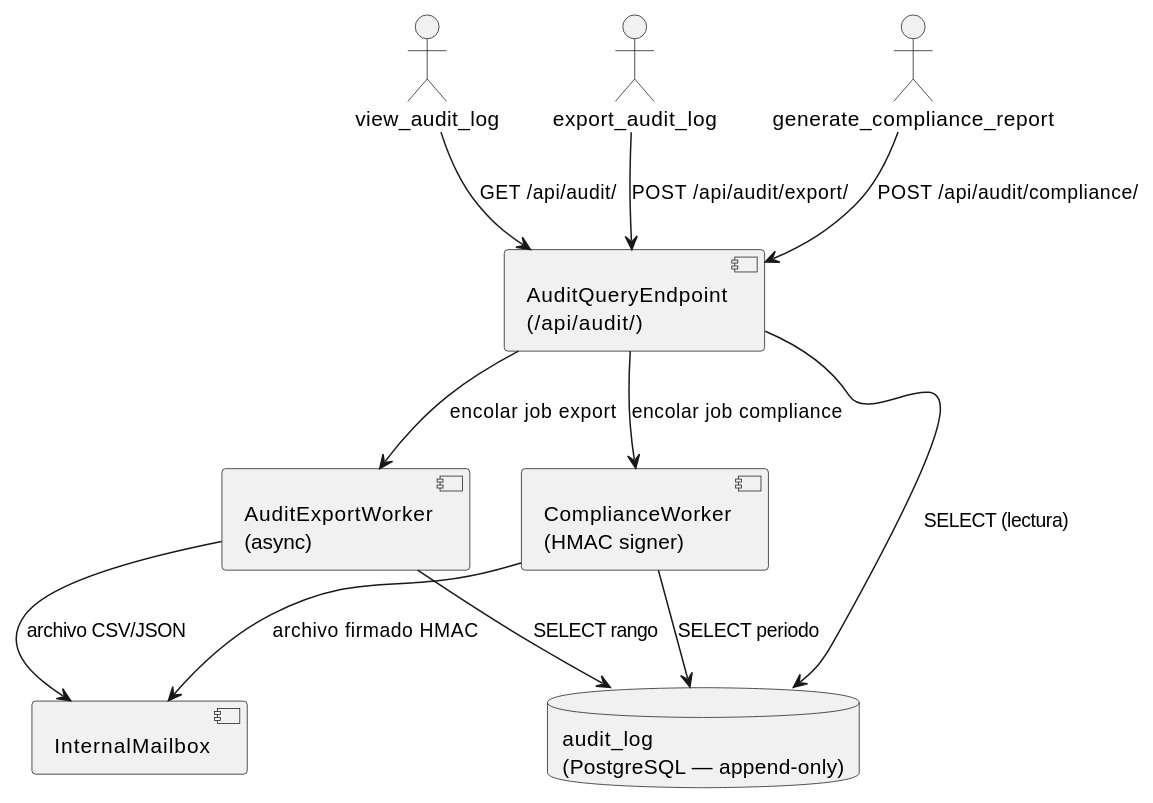
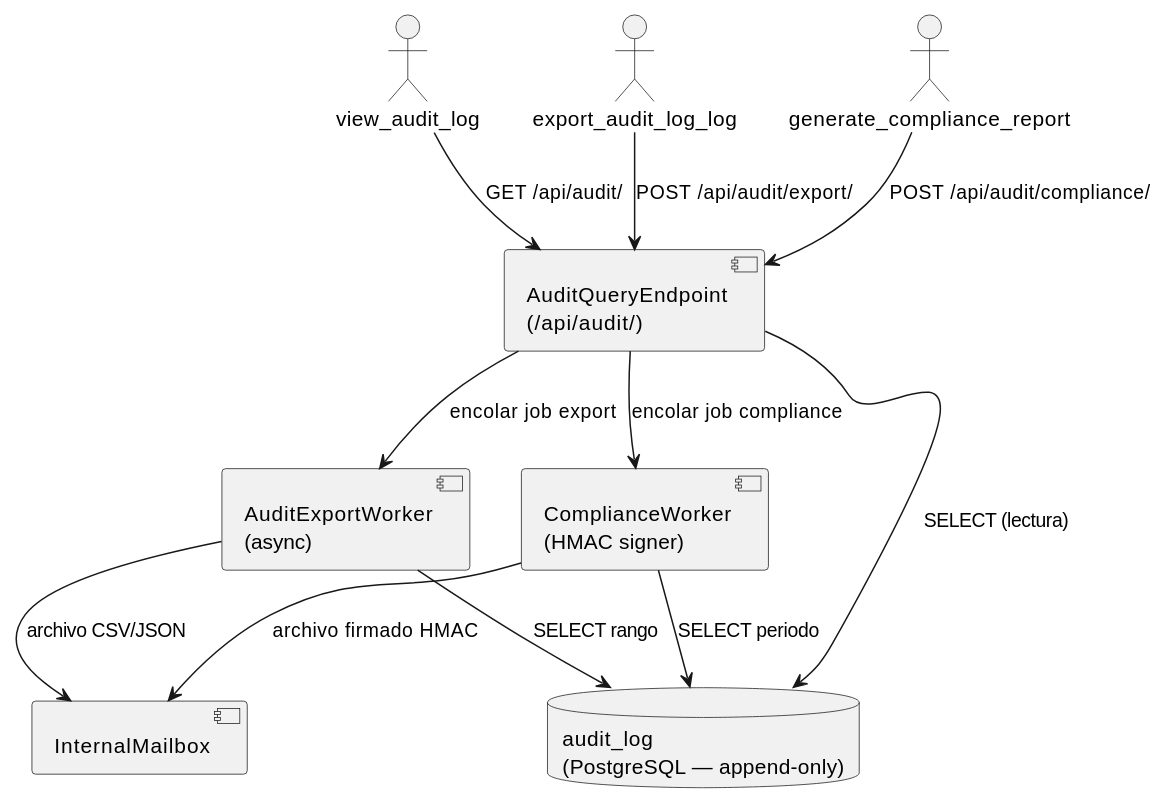
The third of 3 diagrams in source/arquitectura-tecnica/modulos/audit/diagramas.rst (jcg-admin/IACT-docs), drawn with PlantUML before and after one commit. The commit also changed other lines of this file and 108 other files, not shown here.

First line of the commit message:
Apply catalog function names to non-diagram RST files

```diff
--- a/source/arquitectura-tecnica/modulos/audit/diagramas.rst
+++ b/source/arquitectura-tecnica/modulos/audit/diagramas.rst
@@ -65,28 +65,28 @@
 .. uml::
  :caption: Componentes de MOD_Audit y sus dependencias.
 
  @startuml
 
  actor "view_audit_log" as VGA
- actor "export_audit_log" as EA
+ actor "export_audit_log_log" as EA
  actor "generate_compliance_report" as GCR
 
  component "AuditQueryEndpoint\n(/api/audit/)" as QEP
  component "AuditExportWorker\n(async)" as EW
  component "ComplianceWorker\n(HMAC signer)" as CW
  component "InternalMailbox" as MB
 
  database "audit_log\n(PostgreSQL — append-only)" as DB
 
  VGA --> QEP : GET /api/audit/
  EA --> QEP : POST /api/audit/export/
  GCR --> QEP : POST /api/audit/compliance/
  QEP --> DB : SELECT (lectura)
  QEP --> EW : encolar job export
  QEP --> CW : encolar job compliance
  EW --> DB : SELECT rango
  CW --> DB : SELECT periodo
  EW --> MB : archivo CSV/JSON
  CW --> MB : archivo firmado HMAC
 
  @enduml
```
